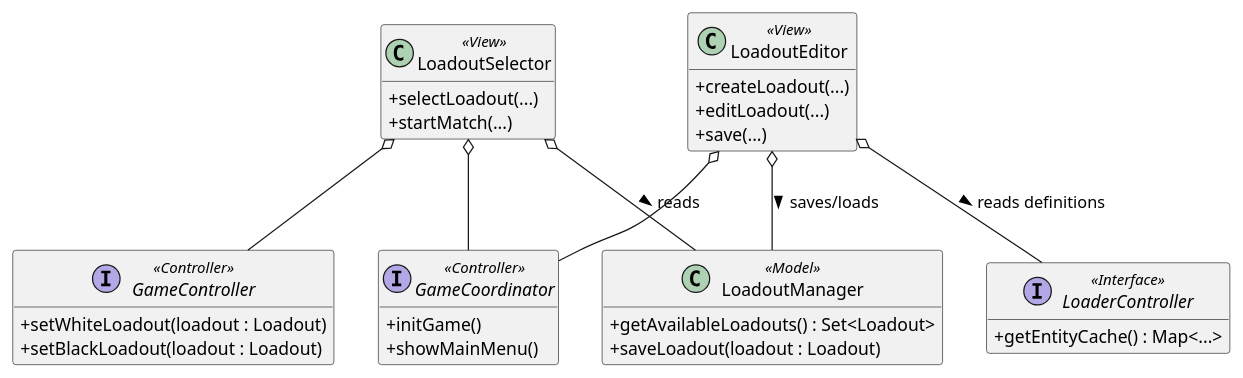
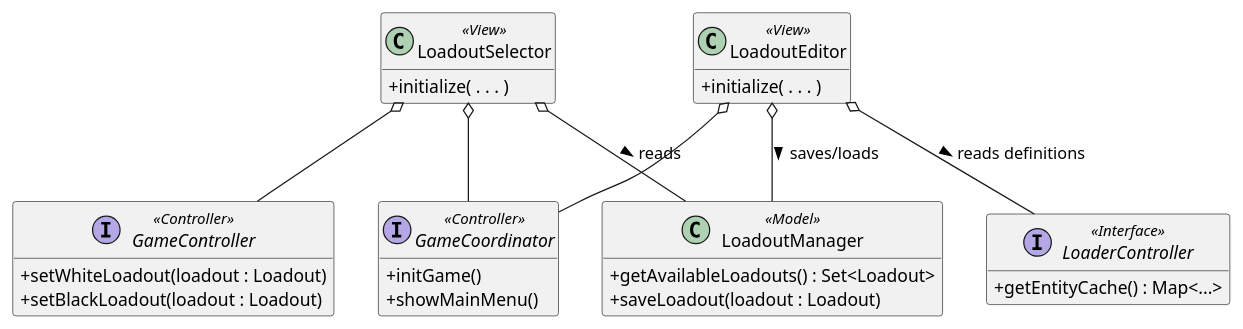
Before and after one commit to Turbo-Chess/Turbo-Chess: the diagram in docs/LoadoutEditor&Selector.puml, drawn with PlantUML.

Commit message:
Wrong UML

```diff
--- a/docs/LoadoutEditor&Selector.puml
+++ b/docs/LoadoutEditor&Selector.puml
@@ -1,45 +1,43 @@
 @startuml LoadoutUI
 
 skinparam classAttributeIconSize 0
 hide empty fields
 hide empty methods
 
 class LoadoutSelector <<View>> {
-  + selectLoadout(...)
-  + startMatch(...)
+  + initialize( . . . )
+
 }
 
 interface GameController <<Controller>> {
   + setWhiteLoadout(loadout : Loadout)
   + setBlackLoadout(loadout : Loadout)
 }
 
 interface GameCoordinator <<Controller>> {
   + initGame()
   + showMainMenu()
 }
 
 class LoadoutManager <<Model>> {
   + getAvailableLoadouts() : Set<Loadout>
   + saveLoadout(loadout : Loadout)
 }
 
 LoadoutSelector o-- GameController
 LoadoutSelector o-- GameCoordinator
 LoadoutSelector o-- LoadoutManager : reads >
 
 class LoadoutEditor <<View>> {
-  + createLoadout(...)
-  + editLoadout(...)
-  + save(...)
+  + initialize( . . . )
 }
 
 interface LoaderController <<Interface>> {
   + getEntityCache() : Map<...>
 }
 
 LoadoutEditor o-- GameCoordinator
 LoadoutEditor o-- LoaderController : reads definitions >
 LoadoutEditor o-- LoadoutManager : saves/loads >
 
 @enduml
```
